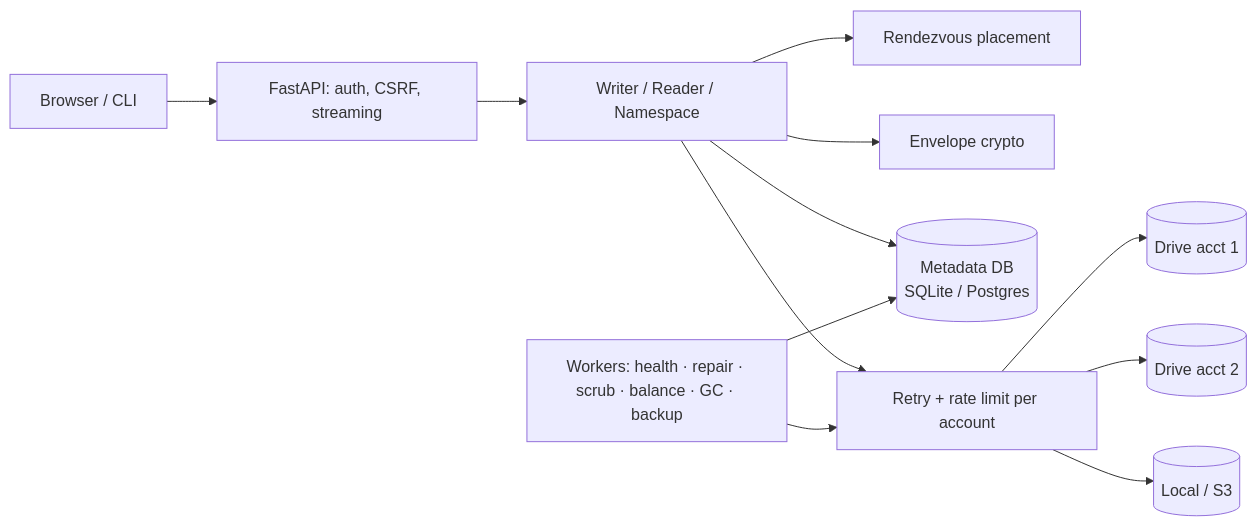
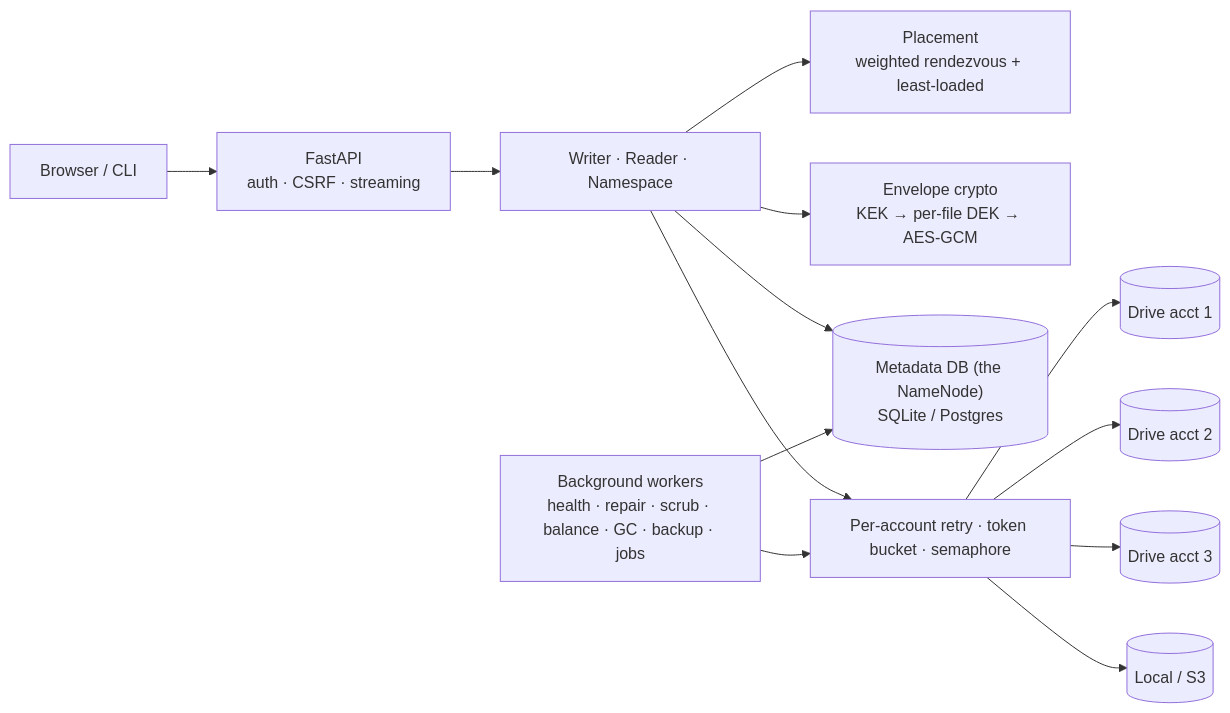
Before and after one commit to PRAJINRAJ-RANAWAT/DriveMesh: the first of 4 diagrams in README.md, drawn with Mermaid. The commit also changed other lines of this file and 8 other files, not shown here.

First line of the commit message:
docs(readme): screenshots, Mermaid diagrams, capacity table, CLI and setup guide

````diff
--- a/README.md
+++ b/README.md
@@ -23,8 +43,11 @@
 ```mermaid
 flowchart LR
-  B[Browser / CLI] --> API[FastAPI: auth, CSRF, streaming]
-  API --> CORE[Writer / Reader / Namespace]
-  CORE --> PL[Rendezvous placement] & KM[Envelope crypto] & DB[(Metadata DB<br/>SQLite / Postgres)]
-  CORE --> RL[Retry + rate limit per account] --> G1[(Drive acct 1)] & G2[(Drive acct 2)] & L[(Local / S3)]
-  W[Workers: health · repair · scrub · balance · GC · backup] --> DB & RL
+  B[Browser / CLI] --> API["FastAPI<br/>auth · CSRF · streaming"]
+  API --> CORE["Writer · Reader · Namespace"]
+  CORE --> PL["Placement<br/>weighted rendezvous + least-loaded"]
+  CORE --> KM["Envelope crypto<br/>KEK → per-file DEK → AES-GCM"]
+  CORE --> DB[("Metadata DB (the NameNode)<br/>SQLite / Postgres")]
+  CORE --> RL["Per-account retry · token bucket · semaphore"]
+  RL --> G1[("Drive acct 1")] & G2[("Drive acct 2")] & G3[("Drive acct 3")] & L[("Local / S3")]
+  W["Background workers<br/>health · repair · scrub · balance · GC · backup · jobs"] --> DB & RL
 ```
````
